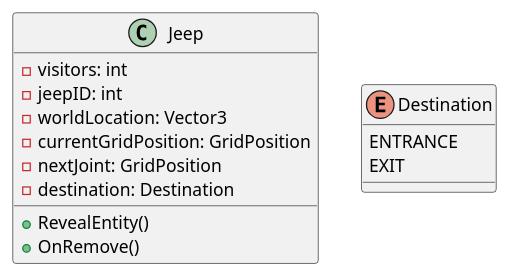
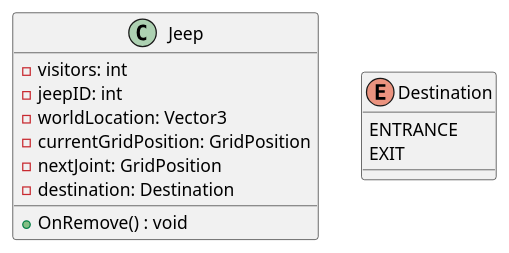
Before and after one commit to Peter-Balint/SafariGame: the diagram in class-diagram/model/jeep.plantuml, drawn with PlantUML. The commit also changed 2 other files, not shown here.

```diff
--- a/class-diagram/model/jeep.plantuml
+++ b/class-diagram/model/jeep.plantuml
@@ -1,21 +1,20 @@
-@startuml
+@startuml jeep
 
 class Jeep{
  -visitors: int
  -jeepID: int
  -worldLocation: Vector3
   /' for a* representation for the pathfinding '/
  -currentGridPosition: GridPosition
  -nextJoint: GridPosition
  -destination: Destination
 
- +RevealEntity()
- +OnRemove()
+ +OnRemove() : void
 }
 
 enum Destination{
     ENTRANCE
     EXIT
 }
 
 @enduml
```
